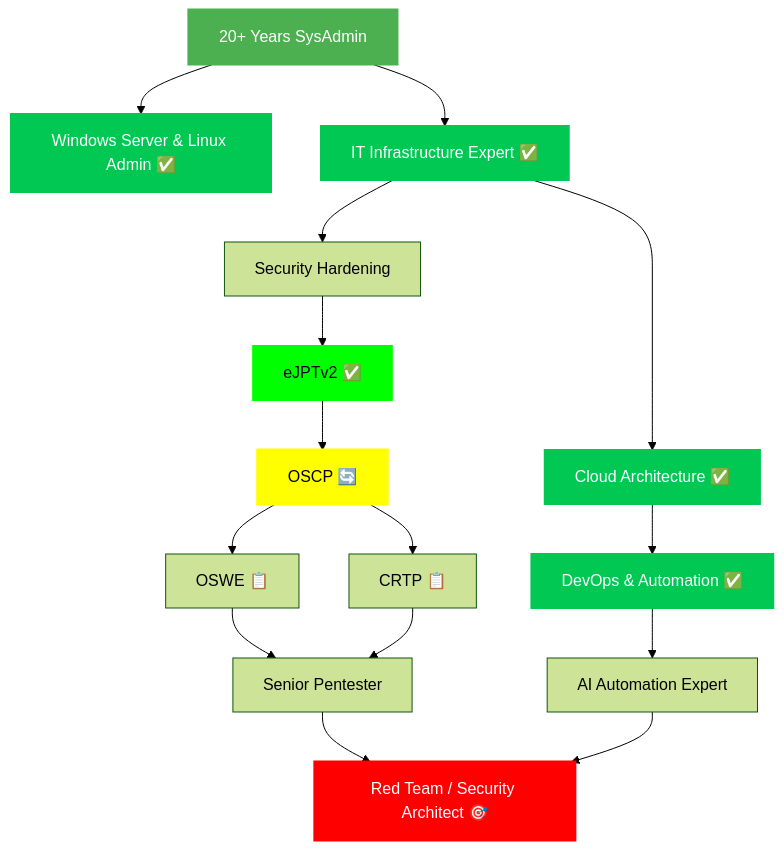
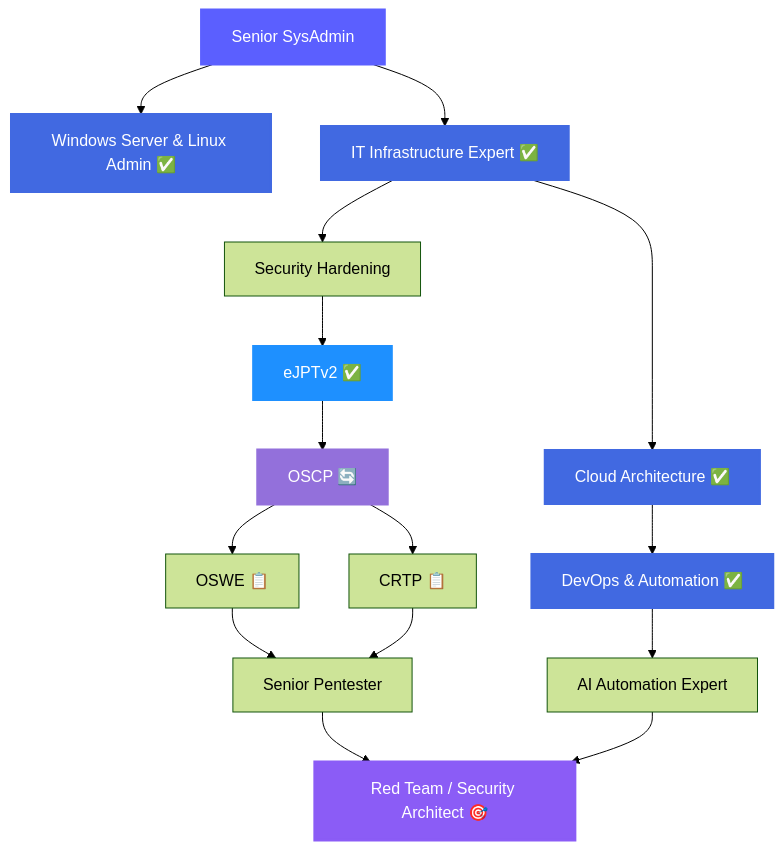
The diagram in README.md (4ndymcfly/4ndymcfly), drawn with Mermaid (forest theme) before and after one commit. The commit also changed other lines of this file, not shown here.

````diff
--- a/README.md
+++ b/README.md
@@ -354,26 +354,26 @@
 ```mermaid
 graph TB
-    A[20+ Years SysAdmin] --> B[Windows Server & Linux Admin ✅]
+    A[Senior SysAdmin] --> B[Windows Server & Linux Admin ✅]
     A --> C[IT Infrastructure Expert ✅]
     C --> D[Cloud Architecture ✅]
     C --> E[Security Hardening]
     D --> F[DevOps & Automation ✅]
     E --> G[eJPTv2 ✅]
     G --> H[OSCP 🔄]
     H --> I[OSWE 📋]
     H --> J[CRTP 📋]
     I --> K[Senior Pentester]
     J --> K
     F --> L[AI Automation Expert]
     K --> M[Red Team / Security Architect 🎯]
     L --> M
 
-    style A fill:#4CAF50,stroke:#4CAF50,stroke-width:3px,color:#fff
-    style B fill:#00C853,stroke:#00C853,stroke-width:2px,color:#fff
-    style C fill:#00C853,stroke:#00C853,stroke-width:2px,color:#fff
-    style D fill:#00C853,stroke:#00C853,stroke-width:2px,color:#fff
-    style F fill:#00C853,stroke:#00C853,stroke-width:2px,color:#fff
-    style G fill:#00ff00,stroke:#00ff00,stroke-width:2px,color:#000
-    style H fill:#ffff00,stroke:#ffff00,stroke-width:3px,color:#000
-    style M fill:#ff0000,stroke:#ff0000,stroke-width:3px,color:#fff
+    style A fill:#5B5FFF,stroke:#5B5FFF,stroke-width:3px,color:#fff
+    style B fill:#4169E1,stroke:#4169E1,stroke-width:2px,color:#fff
+    style C fill:#4169E1,stroke:#4169E1,stroke-width:2px,color:#fff
+    style D fill:#4169E1,stroke:#4169E1,stroke-width:2px,color:#fff
+    style F fill:#4169E1,stroke:#4169E1,stroke-width:2px,color:#fff
+    style G fill:#1E90FF,stroke:#1E90FF,stroke-width:2px,color:#fff
+    style H fill:#9370DB,stroke:#9370DB,stroke-width:3px,color:#fff
+    style M fill:#8B5CF6,stroke:#8B5CF6,stroke-width:3px,color:#fff
 ```
````
